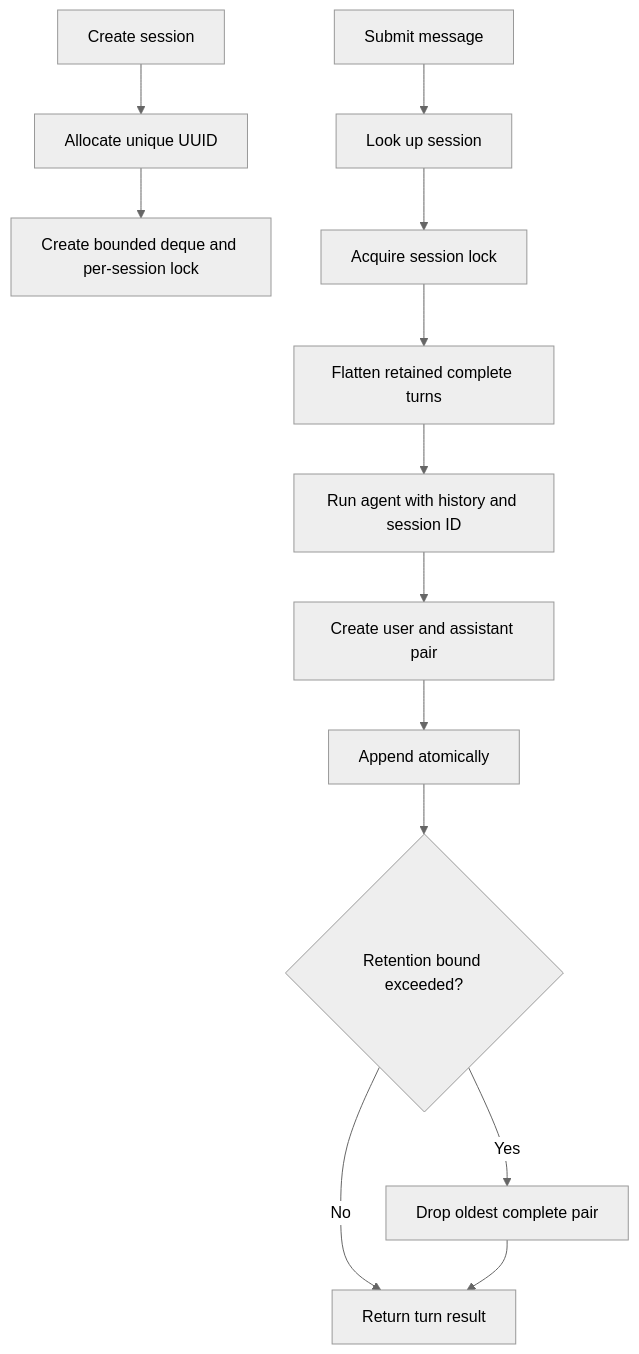
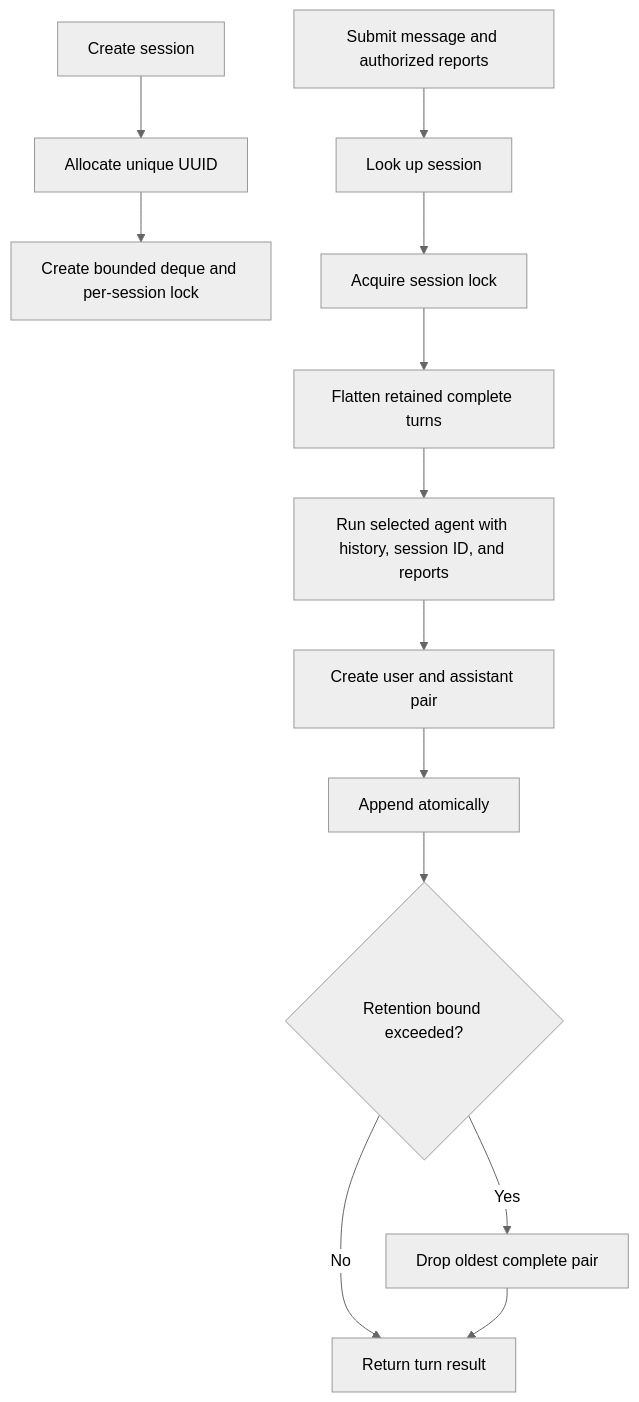
One commit to govtech-responsibleai/agentic-eval-toyapp changed the sixth of 15 diagrams in architecture.md. Above: the diagram before and after it, drawn with Mermaid (neutral theme). The commit also changed other lines of this file and 20 other files, not shown here.

````diff
--- a/architecture.md
+++ b/architecture.md
@@ -317,15 +343,15 @@
 ```mermaid
 flowchart TD
     Create[Create session] --> UUID[Allocate unique UUID]
     UUID --> Record[Create bounded deque and per-session lock]
-    Message[Submit message] --> Lookup[Look up session]
+    Message[Submit message and authorized reports] --> Lookup[Look up session]
     Lookup --> Lock[Acquire session lock]
     Lock --> History[Flatten retained complete turns]
-    History --> Agent[Run agent with history and session ID]
+    History --> Agent[Run selected agent with history, session ID, and reports]
     Agent --> Pair[Create user and assistant pair]
     Pair --> Append[Append atomically]
     Append --> Trim{Retention bound exceeded?}
     Trim -->|Yes| Drop[Drop oldest complete pair]
     Trim -->|No| Return[Return turn result]
     Drop --> Return
 ```
````
